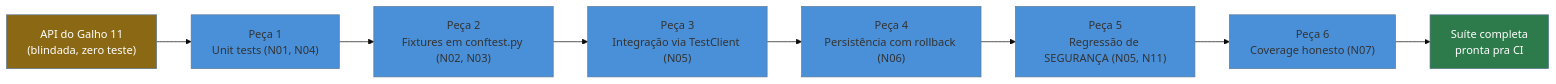
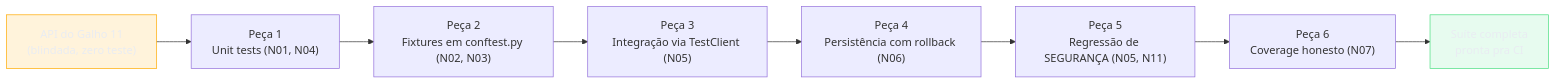
The first of 4 diagrams in 03-Dominios/Tecnologia/Python/Testes/09 - Capstone — a suíte de testes da API de Tarefas.md (josenaldo/codex-technomanticus), drawn with Mermaid before and after one commit. The commit also changed other lines of this file and 1181 other files, not shown here.

First line of the commit message:
fix(diagramas): paleta do sistema no lugar de cor cravada no markdown

````diff
--- a/03-Dominios/Tecnologia/Python/Testes/09 - Capstone — a suíte de testes da API de Tarefas.md
+++ b/03-Dominios/Tecnologia/Python/Testes/09 - Capstone — a suíte de testes da API de Tarefas.md
@@ -35,14 +35,15 @@
 ```mermaid
-%%{init: {"theme": "base", "themeVariables": {"primaryColor": "#4A90D9"}}}%%
 flowchart LR
+    classDef destaque fill:#FFAA0024,stroke:#FFAA00,color:#E9ECF2
+    classDef ok fill:#4ADE8021,stroke:#4ADE80,color:#E9ECF2
     G11["API do Galho 11\n(blindada, zero teste)"] --> P1["Peça 1\nUnit tests (N01, N04)"]
     P1 --> P2["Peça 2\nFixtures em conftest.py (N02, N03)"]
     P2 --> P3["Peça 3\nIntegração via TestClient (N05)"]
     P3 --> P4["Peça 4\nPersistência com rollback (N06)"]
     P4 --> P5["Peça 5\nRegressão de SEGURANÇA (N05, N11)"]
     P5 --> P6["Peça 6\nCoverage honesto (N07)"]
     P6 --> SUITE["Suíte completa\npronta pra CI"]
 
-    style G11 fill:#8b6914,color:#fff
-    style SUITE fill:#2d7a4a,color:#fff
+    class G11 destaque
+    class SUITE ok
 ```
````
